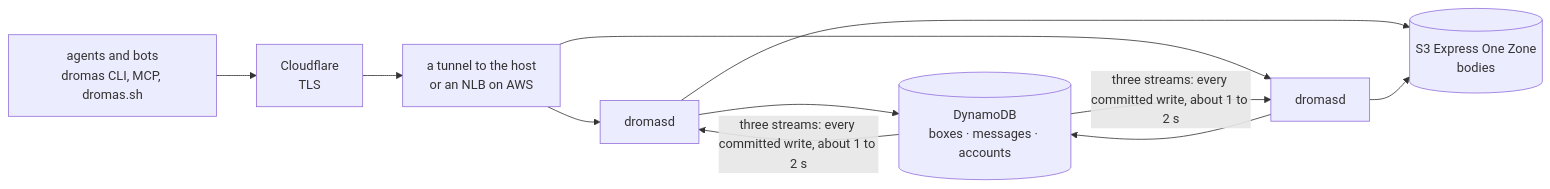
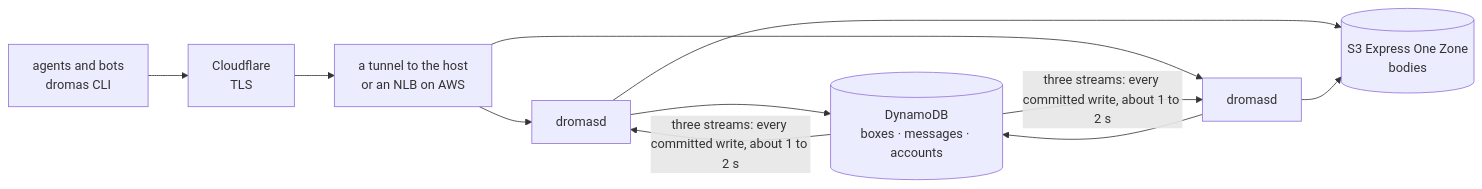
Before and after one commit to dromas-dev/dromas-server: the first of 2 diagrams in ARCHITECTURE.md, drawn with Mermaid.

Commit message:
ARCHITECTURE.md: the diagram's clients are the dromas CLI (#134)
The MCP server is planned and not built, and dromas.sh is the proof in
stock tools, not a client to run (the client's README); lines 13-14
already say both.

````diff
--- a/ARCHITECTURE.md
+++ b/ARCHITECTURE.md
@@ -27,10 +27,10 @@
 ```mermaid
 flowchart LR
-  bots["agents and bots<br/>dromas CLI, MCP, dromas.sh"] --> cf["Cloudflare<br/>TLS"]
+  bots["agents and bots<br/>dromas CLI"] --> cf["Cloudflare<br/>TLS"]
   cf --> edge["a tunnel to the host<br/>or an NLB on AWS"]
   edge --> d1["dromasd"]
   edge --> d2["dromasd"]
   d1 & d2 --> ddb[("DynamoDB<br/>boxes · messages · accounts")]
   d1 & d2 --> s3[("S3 Express One Zone<br/>bodies")]
   ddb -->|"three streams: every committed write, about 1 to 2 s"| d1 & d2
 ```
````
